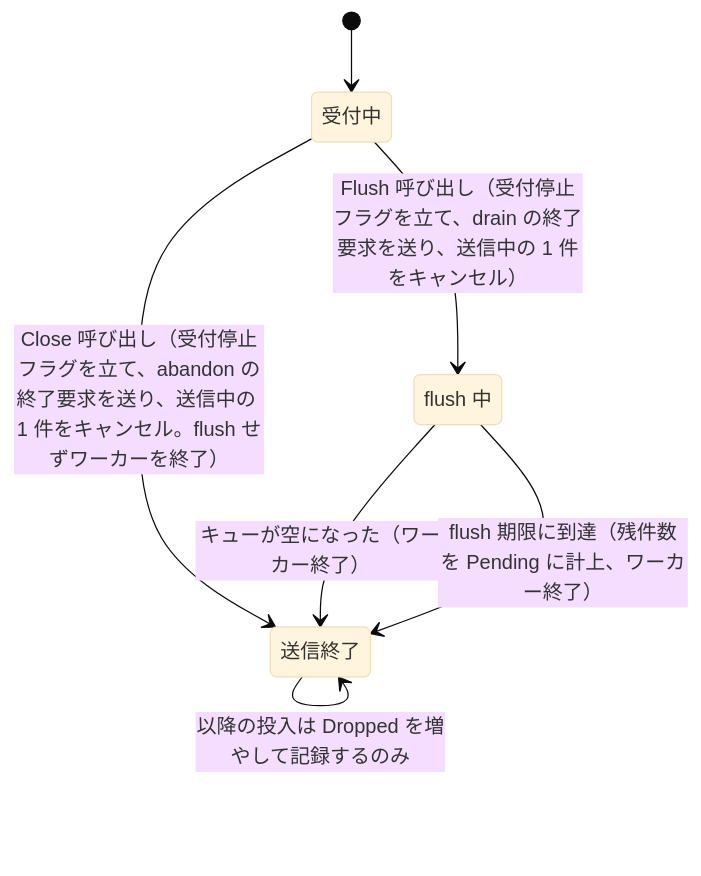
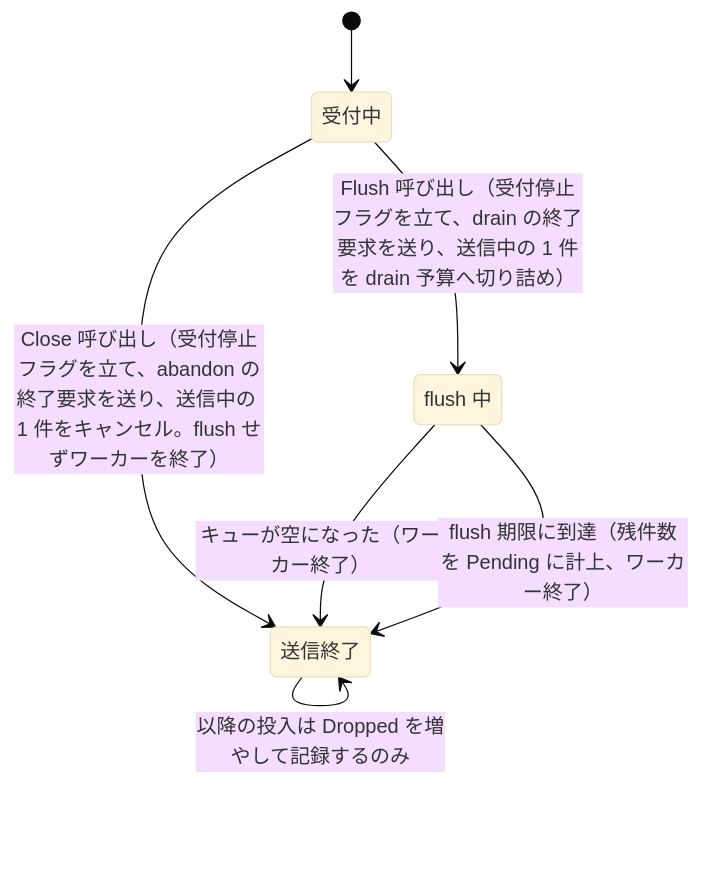
Before and after one commit to isseis/go-safe-cmd-runner: the sixth of 10 diagrams in docs/tasks/0163_redaction_coverage_and_slack_async/02_architecture.md, drawn with Mermaid (base theme). The commit also changed other lines of this file and 9 other files, not shown here.

````diff
--- a/docs/tasks/0163_redaction_coverage_and_slack_async/02_architecture.md
+++ b/docs/tasks/0163_redaction_coverage_and_slack_async/02_architecture.md
@@ -892,14 +893,14 @@
 ```mermaid
 stateDiagram-v2
     [*] --> Accepting
 
     state "受付中" as Accepting
     state "flush 中" as Draining
     state "送信終了" as Drained
 
-    Accepting --> Draining : Flush 呼び出し（受付停止フラグを立て、drain の終了要求を送り、送信中の 1 件をキャンセル）
+    Accepting --> Draining : Flush 呼び出し（受付停止フラグを立て、drain の終了要求を送り、送信中の 1 件を drain 予算へ切り詰め）
     Accepting --> Drained : Close 呼び出し（受付停止フラグを立て、abandon の終了要求を送り、送信中の 1 件をキャンセル。flush せずワーカーを終了）
     Draining --> Drained : キューが空になった（ワーカー終了）
     Draining --> Drained : flush 期限に到達（残件数を Pending に計上、ワーカー終了）
     Drained --> Drained : 以降の投入は Dropped を増やして記録するのみ
 ```
````
